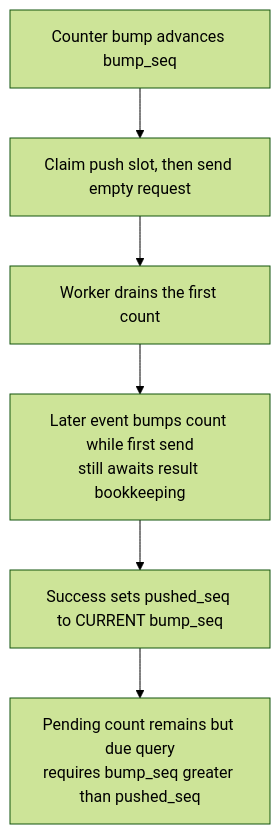
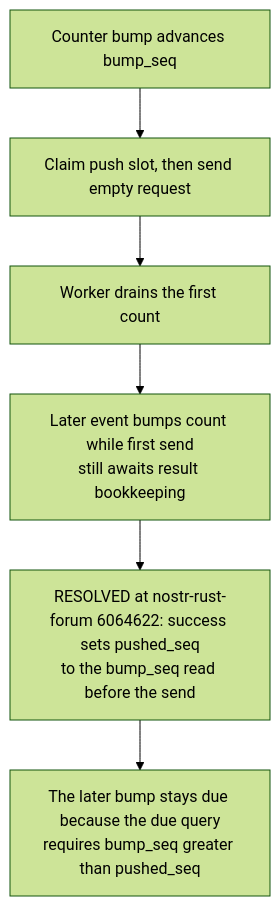
The third of 6 diagrams in docs/diagrams/nostr-rust-forum/18-web-push-delivery-and-account-boundaries.md (DreamLab-AI/VisionFlow), drawn with Mermaid (forest theme) before and after one commit. The commit also changed other lines of this file and 59 other files, not shown here.

First line of the commit message:
docs(diagrams): re-derive and re-stamp forum, website, pod, ontomark and sealmap topics

````diff
--- a/docs/diagrams/nostr-rust-forum/18-web-push-delivery-and-account-boundaries.md
+++ b/docs/diagrams/nostr-rust-forum/18-web-push-delivery-and-account-boundaries.md
@@ -76,16 +76,16 @@
 ```mermaid
 flowchart TB
-    %% Source: ../nostr-rust-forum/crates/nostr-bbs-relay-worker/src/push.rs:234
+    %% Source: ../nostr-rust-forum/crates/nostr-bbs-relay-worker/src/push.rs:237
     A["Counter bump advances bump_seq"]
-    %% Source: ../nostr-rust-forum/crates/nostr-bbs-relay-worker/src/push.rs:686
+    %% Source: ../nostr-rust-forum/crates/nostr-bbs-relay-worker/src/push.rs:705
     B["Claim push slot, then send empty request"]
-    %% Source: ../nostr-rust-forum/crates/nostr-bbs-relay-worker/src/push.rs:1311
+    %% Source: ../nostr-rust-forum/crates/nostr-bbs-relay-worker/src/push.rs:1340
     C["Worker drains the first count"]
-    %% Source: ../nostr-rust-forum/crates/nostr-bbs-relay-worker/src/push.rs:234
+    %% Source: ../nostr-rust-forum/crates/nostr-bbs-relay-worker/src/push.rs:237
     D["Later event bumps count while first send<br/>still awaits result bookkeeping"]
-    %% Source: ../nostr-rust-forum/crates/nostr-bbs-relay-worker/src/push.rs:197
-    E["Success sets pushed_seq to CURRENT bump_seq"]
-    %% Source: ../nostr-rust-forum/crates/nostr-bbs-relay-worker/src/push.rs:172
-    F["Pending count remains but due query<br/>requires bump_seq greater than pushed_seq"]
+    %% Source: ../nostr-rust-forum/crates/nostr-bbs-relay-worker/src/push.rs:198
+    E["RESOLVED at nostr-rust-forum 6064622: success sets pushed_seq<br/>to the bump_seq read before the send"]
+    %% Source: ../nostr-rust-forum/crates/nostr-bbs-relay-worker/src/push.rs:173
+    F["The later bump stays due because the due query<br/>requires bump_seq greater than pushed_seq"]
     A --> B --> C --> D --> E --> F
 ```
````
